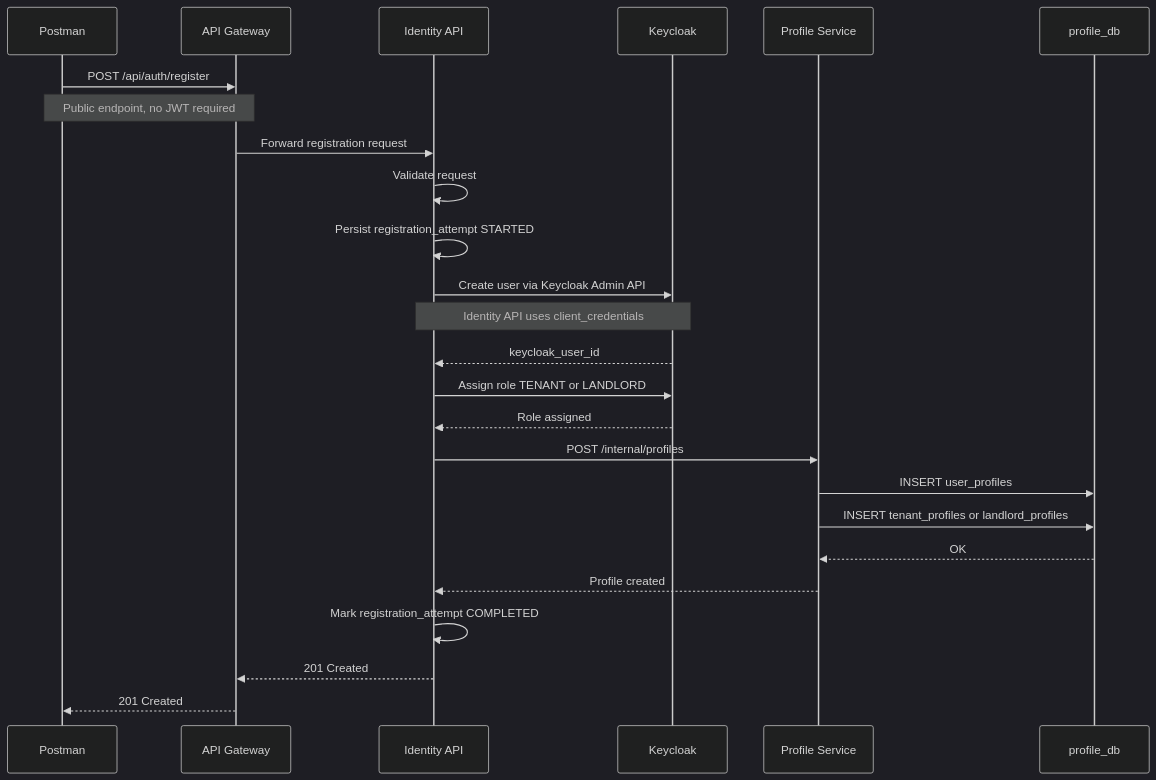
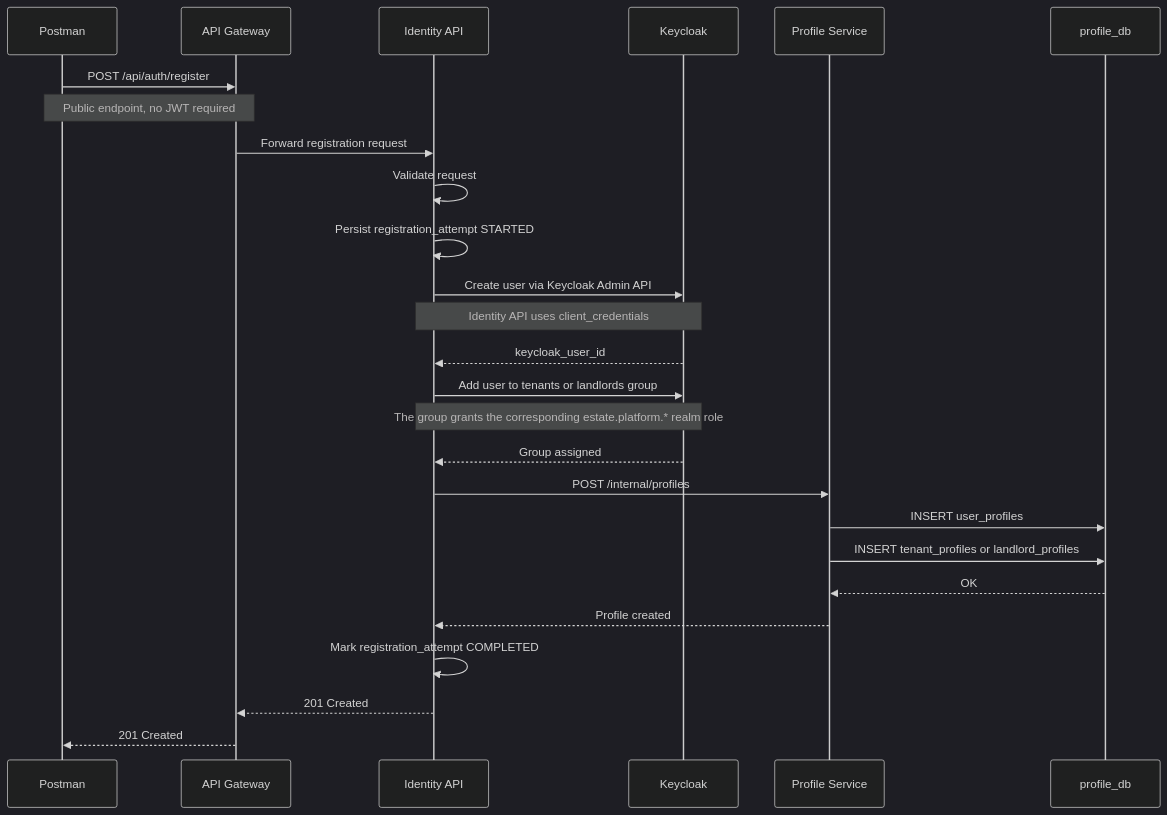
One commit to thisdudkin/estate-booking-platform changed the fourth of 17 diagrams in README.md. Above: the diagram before and after it, drawn with Mermaid (dark theme). The commit also changed other lines of this file, not shown here.

Commit message:
#47: Define Identity API Data Model Schema

````diff
--- a/README.md
+++ b/README.md
@@ -294,27 +294,28 @@
 ```mermaid
 sequenceDiagram
     participant C as Postman
     participant G as API Gateway
     participant I as Identity API
     participant K as Keycloak
     participant P as Profile Service
     participant DB as profile_db
     C ->> G: POST /api/auth/register
     Note over C, G: Public endpoint, no JWT required
     G ->> I: Forward registration request
     I ->> I: Validate request
     I ->> I: Persist registration_attempt STARTED
     I ->> K: Create user via Keycloak Admin API
     Note over I, K: Identity API uses client_credentials
     K -->> I: keycloak_user_id
-    I ->> K: Assign role TENANT or LANDLORD
-    K -->> I: Role assigned
+    I ->> K: Add user to tenants or landlords group
+    Note over I, K: The group grants the corresponding estate.platform.* realm role
+    K -->> I: Group assigned
     I ->> P: POST /internal/profiles
     P ->> DB: INSERT user_profiles
     P ->> DB: INSERT tenant_profiles or landlord_profiles
     DB -->> P: OK
     P -->> I: Profile created
     I ->> I: Mark registration_attempt COMPLETED
     I -->> G: 201 Created
     G -->> C: 201 Created
 ```
````
